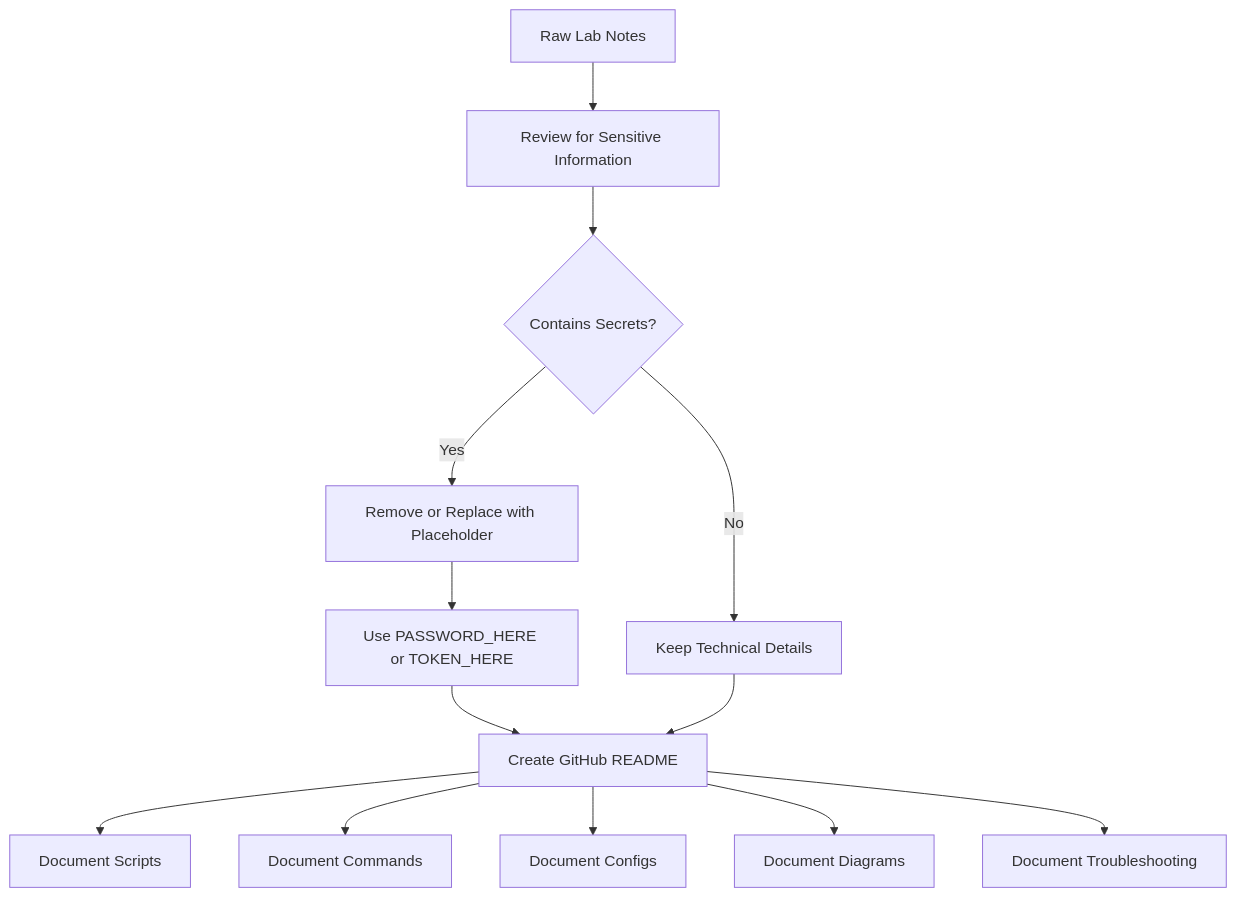
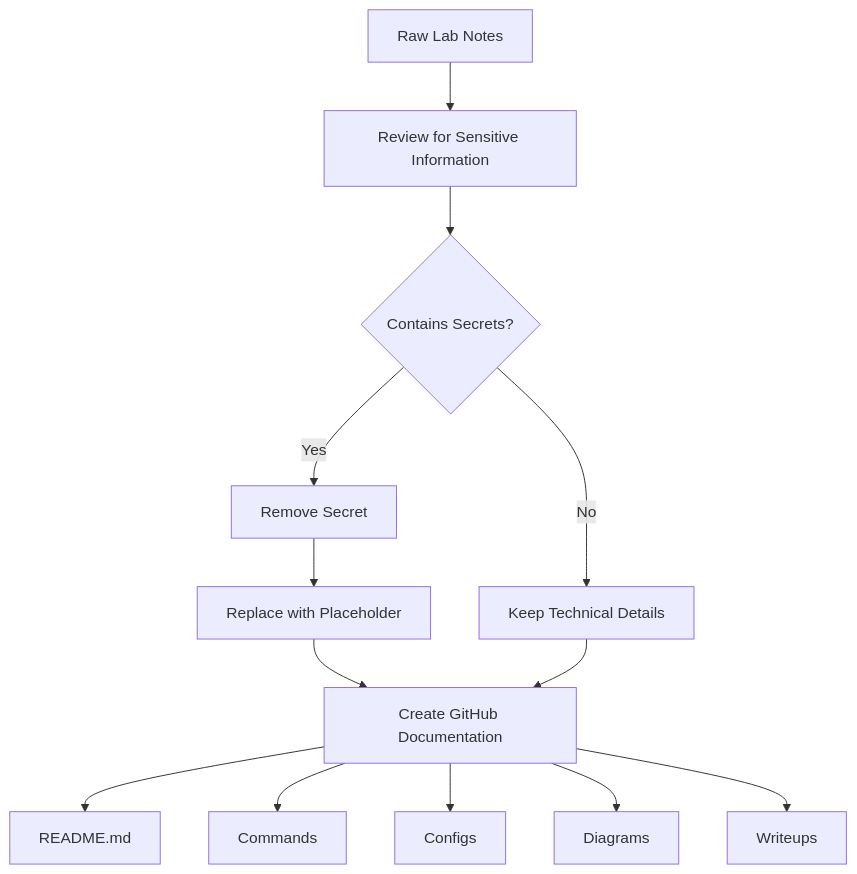
One commit to waltercalderonwork255-hue/SysAdmin-HomeLab changed the ninth of 10 diagrams in Automation/Diagrams.md. Above: the diagram before and after it, drawn with Mermaid. The commit also changed other lines of this file, not shown here.

````diff
--- a/Automation/Diagrams.md
+++ b/Automation/Diagrams.md
@@ -216,19 +205,19 @@
 ```mermaid
 flowchart TD
-    A[Raw Lab Notes] --> B[Review for Sensitive Information]
-    B --> C{Contains Secrets?}
+    A["Raw Lab Notes"] --> B["Review for Sensitive Information"]
+    B --> C{"Contains Secrets?"}
 
-    C -->|Yes| D[Remove or Replace with Placeholder]
-    D --> E[Use PASSWORD_HERE or TOKEN_HERE]
+    C -->|Yes| D["Remove Secret"]
+    D --> E["Replace with Placeholder"]
 
-    C -->|No| F[Keep Technical Details]
+    C -->|No| F["Keep Technical Details"]
 
-    E --> G[Create GitHub README]
+    E --> G["Create GitHub Documentation"]
     F --> G
 
-    G --> H[Document Scripts]
-    G --> I[Document Commands]
-    G --> J[Document Configs]
-    G --> K[Document Diagrams]
-    G --> L[Document Troubleshooting]
+    G --> H["README.md"]
+    G --> I["Commands"]
+    G --> J["Configs"]
+    G --> K["Diagrams"]
+    G --> L["Writeups"]
 ```
````
